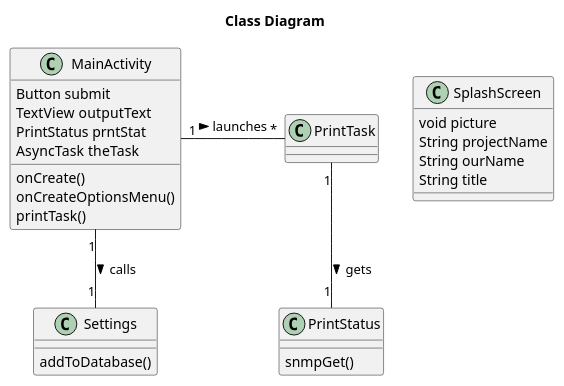
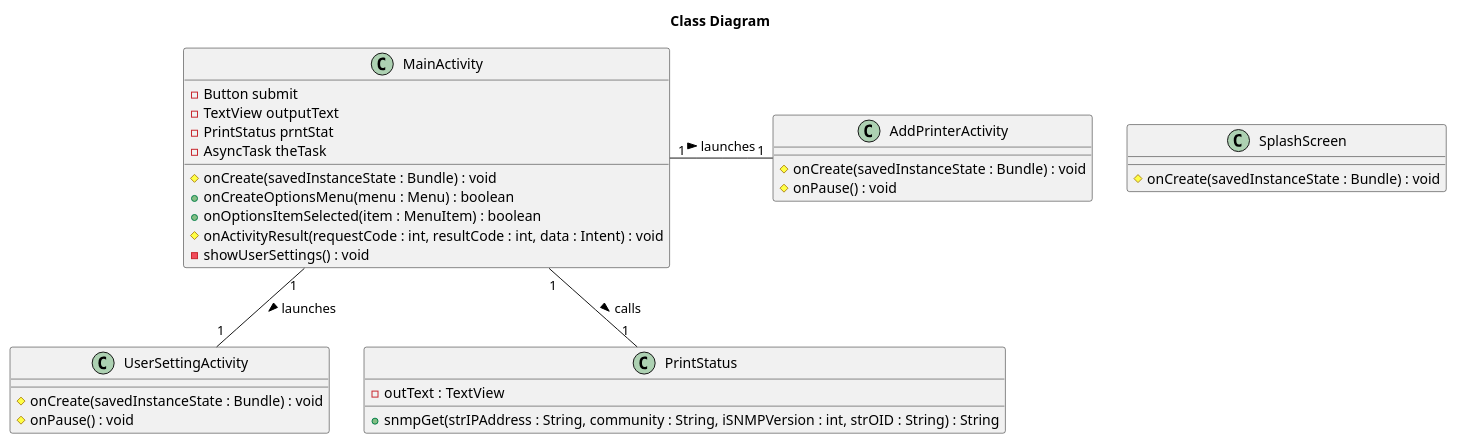
One commit to phillipjf/SNMPrint changed the diagram in app/UML/DesignClassDiagram/ClassDiagram.puml. Above: the diagram before and after it, drawn with PlantUML. The commit also changed 6 other files, not shown here.

```diff
--- a/app/UML/DesignClassDiagram/ClassDiagram.puml
+++ b/app/UML/DesignClassDiagram/ClassDiagram.puml
@@ -1,31 +1,35 @@
 @startuml
 title Class Diagram
 
 class SplashScreen
 class MainActivity
-class Settings
-class PrintTask
+class UserSettingActivity
+class AddPrinterActivity
 class PrintStatus
 
-SplashScreen : void picture
-SplashScreen : String projectName
-SplashScreen : String ourName
-SplashScreen : String title
+SplashScreen : #onCreate(savedInstanceState : Bundle) : void
 
-MainActivity : Button submit
-MainActivity : TextView outputText
-MainActivity : PrintStatus prntStat
-MainActivity : AsyncTask theTask
-MainActivity : onCreate()
-MainActivity : onCreateOptionsMenu()
-MainActivity : printTask()
+MainActivity : -Button submit
+MainActivity : -TextView outputText
+MainActivity : -PrintStatus prntStat
+MainActivity : -AsyncTask theTask
+MainActivity : #onCreate(savedInstanceState : Bundle) : void
+MainActivity : +onCreateOptionsMenu(menu : Menu) : boolean
+MainActivity : +onOptionsItemSelected(item : MenuItem) : boolean
+MainActivity : #onActivityResult(requestCode : int, resultCode : int, data : Intent) : void
+MainActivity : -showUserSettings() : void
 
-Settings : addToDatabase()
+UserSettingActivity : #onCreate(savedInstanceState : Bundle) : void
+UserSettingActivity : #onPause() : void
 
-PrintStatus : snmpGet()
+AddPrinterActivity : #onCreate(savedInstanceState : Bundle) : void
+AddPrinterActivity : #onPause() : void
 
-MainActivity "1" -- "1" Settings : calls >
-MainActivity "1" - "*" PrintTask : launches >
-PrintTask "1" -- "1" PrintStatus : gets >
+PrintStatus : -outText : TextView
+PrintStatus : +snmpGet(strIPAddress : String, community : String, iSNMPVersion : int, strOID : String) : String
+
+MainActivity "1" -- "1" UserSettingActivity : launches >
+MainActivity "1" - "1" AddPrinterActivity : launches >
+MainActivity "1" -- "1" PrintStatus : calls >
 
 @enduml
```
